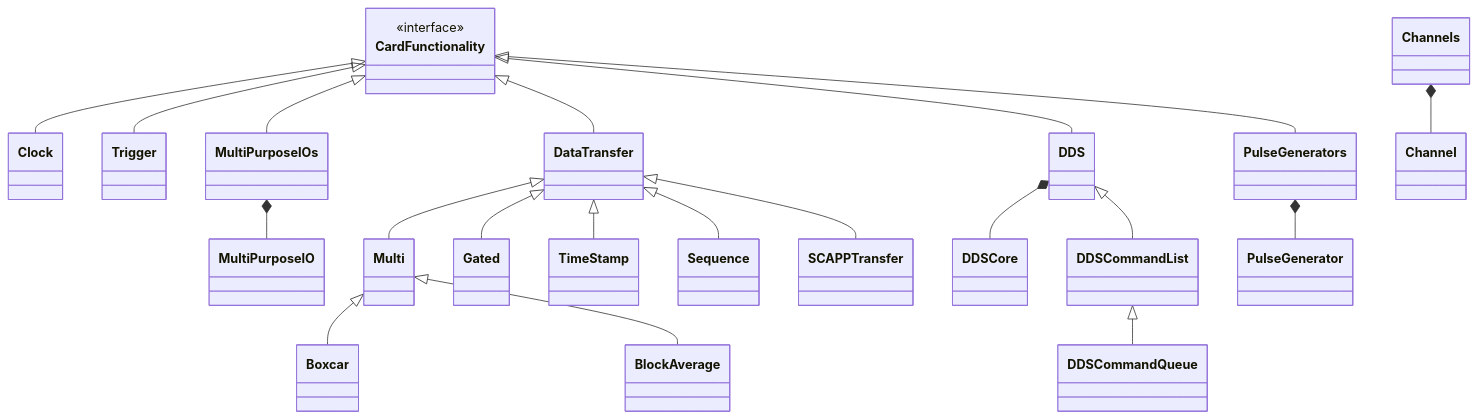
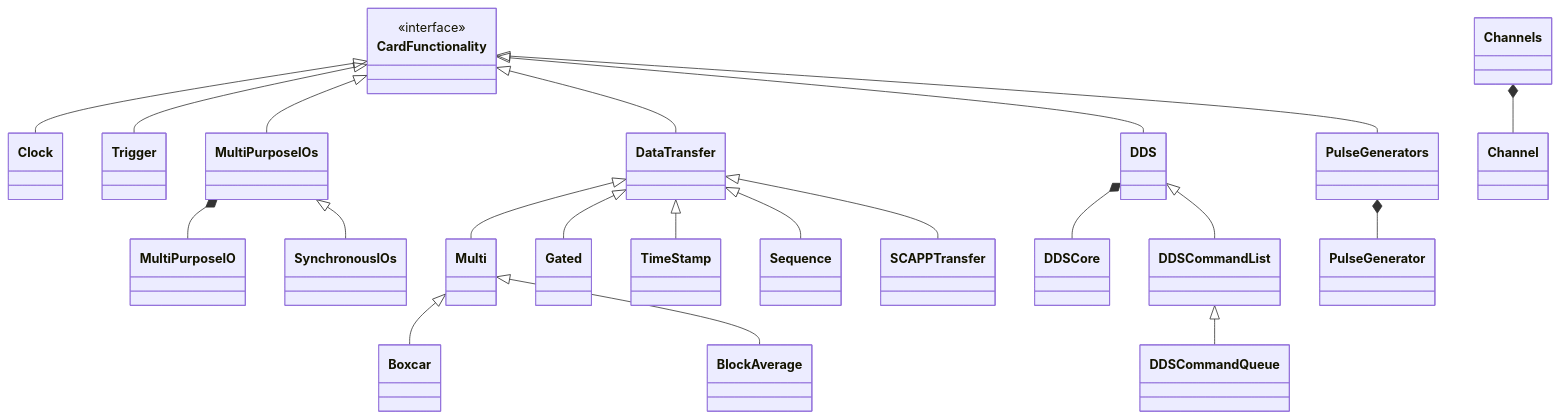
One commit to SpectrumInstrumentation/spcm changed the second of 4 diagrams in src/spcm/README.md. Above: the diagram before and after it, drawn with Mermaid. The commit also changed other lines of this file, not shown here.

Commit message:
Added the new class SynchronousDigitalIOs to the documentation

````diff
--- a/src/spcm/README.md
+++ b/src/spcm/README.md
@@ -68,42 +69,44 @@
 ```mermaid
 
 classDiagram
   class CardFunctionality
   <<interface>> CardFunctionality
   class Channels
   class Clock
   class Trigger
   class MultiPurposeIOs
+  class SynchronousIOs
   class DataTransfer
   class DDS
   class DDSCore
   class DDSCommandList
   class DDSCommandQueue
   class PulseGenerators
   class Multi
   class Gated
   class TimeStamp
   class Sequence
   class SCAPPTransfer
   class Boxcar
   class BlockAverage
   CardFunctionality <|-- Clock
   CardFunctionality <|-- Trigger
   CardFunctionality <|-- MultiPurposeIOs
   CardFunctionality <|-- DataTransfer
   CardFunctionality <|-- DDS
   CardFunctionality <|-- PulseGenerators
   DataTransfer <|-- Multi
   DataTransfer <|-- Gated
   DataTransfer <|-- TimeStamp
   DataTransfer <|-- Sequence
   DataTransfer <|-- SCAPPTransfer
   Multi <|-- Boxcar
   Multi <|-- BlockAverage
   Channels *-- Channel
   MultiPurposeIOs *-- MultiPurposeIO
+  MultiPurposeIOs <|-- SynchronousIOs
   PulseGenerators *-- PulseGenerator
   DDS *-- DDSCore
   DDS <|-- DDSCommandList
   DDSCommandList <|-- DDSCommandQueue
 ```
````
